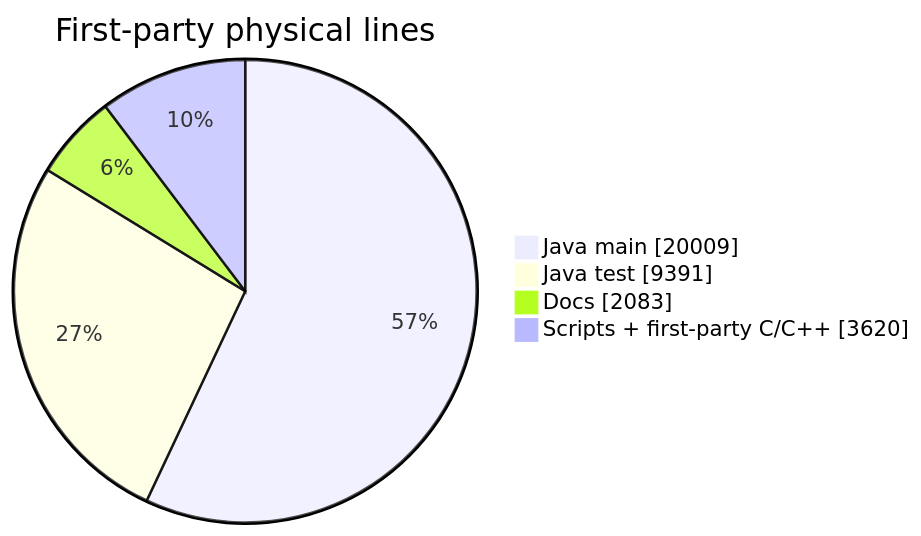
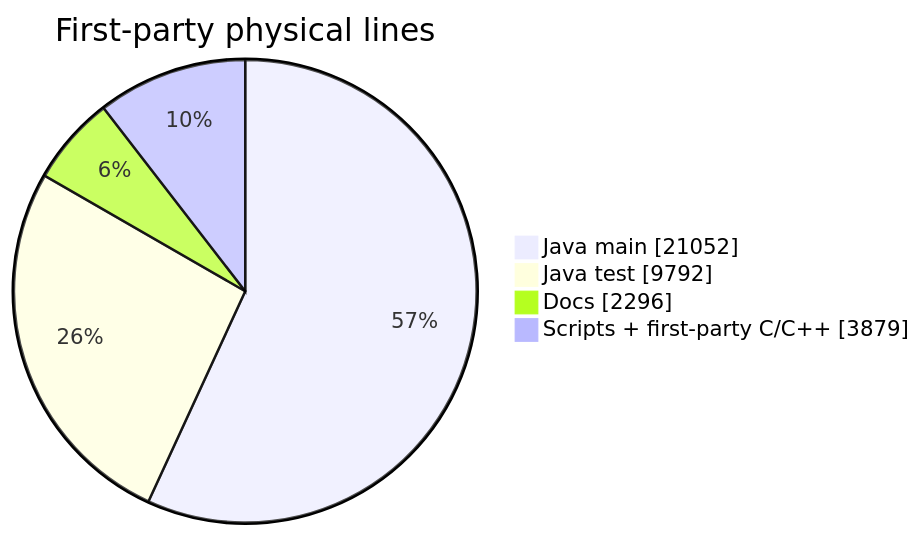
One commit to chris-piekarski/hot-iron changed the first of 2 diagrams in docs/stats.md. Above: the diagram before and after it, drawn with Mermaid. The commit also changed other lines of this file and 55 other files, not shown here.

````diff
--- a/docs/stats.md
+++ b/docs/stats.md
@@ -30,8 +30,8 @@
 ```mermaid
 pie showData
     title First-party physical lines
-    "Java main" : 20009
-    "Java test" : 9391
-    "Docs" : 2083
-    "Scripts + first-party C/C++" : 3620
+    "Java main" : 21052
+    "Java test" : 9792
+    "Docs" : 2296
+    "Scripts + first-party C/C++" : 3879
 ```
````
